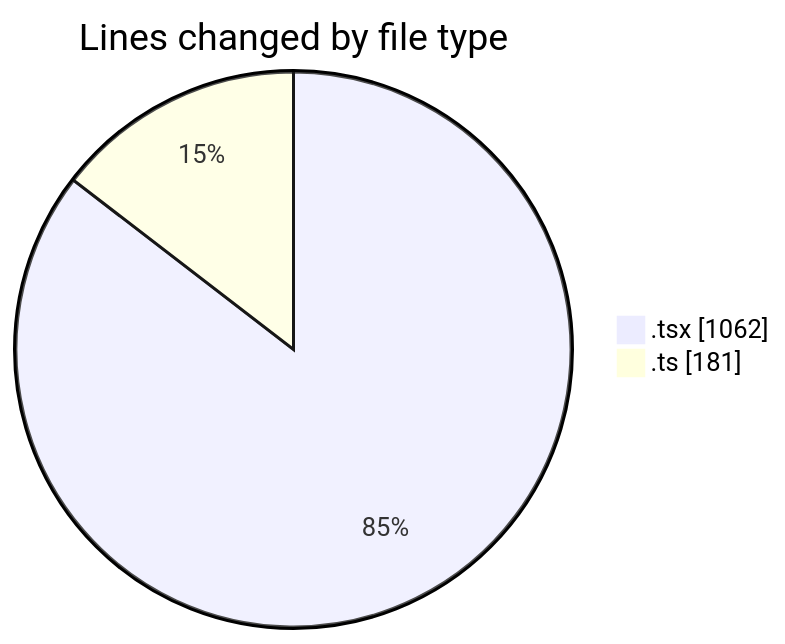
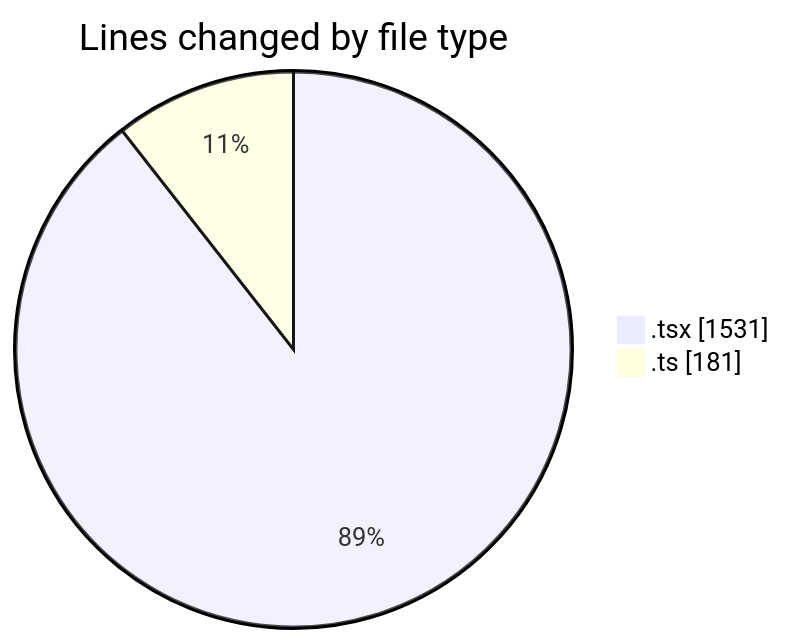
Before and after one commit to robertbonfada/code-tracking: the first of 2 diagrams in 2025-02-18/mbc-web/README.md, drawn with Mermaid. The commit also changed other lines of this file and 1 other file, not shown here.

````diff
--- a/2025-02-18/mbc-web/README.md
+++ b/2025-02-18/mbc-web/README.md
@@ -24,6 +25,6 @@
 ```mermaid
 pie showData
 title Lines changed by file type
-".tsx" : 1062
+".tsx" : 1531
 ".ts" : 181
 ```
````
